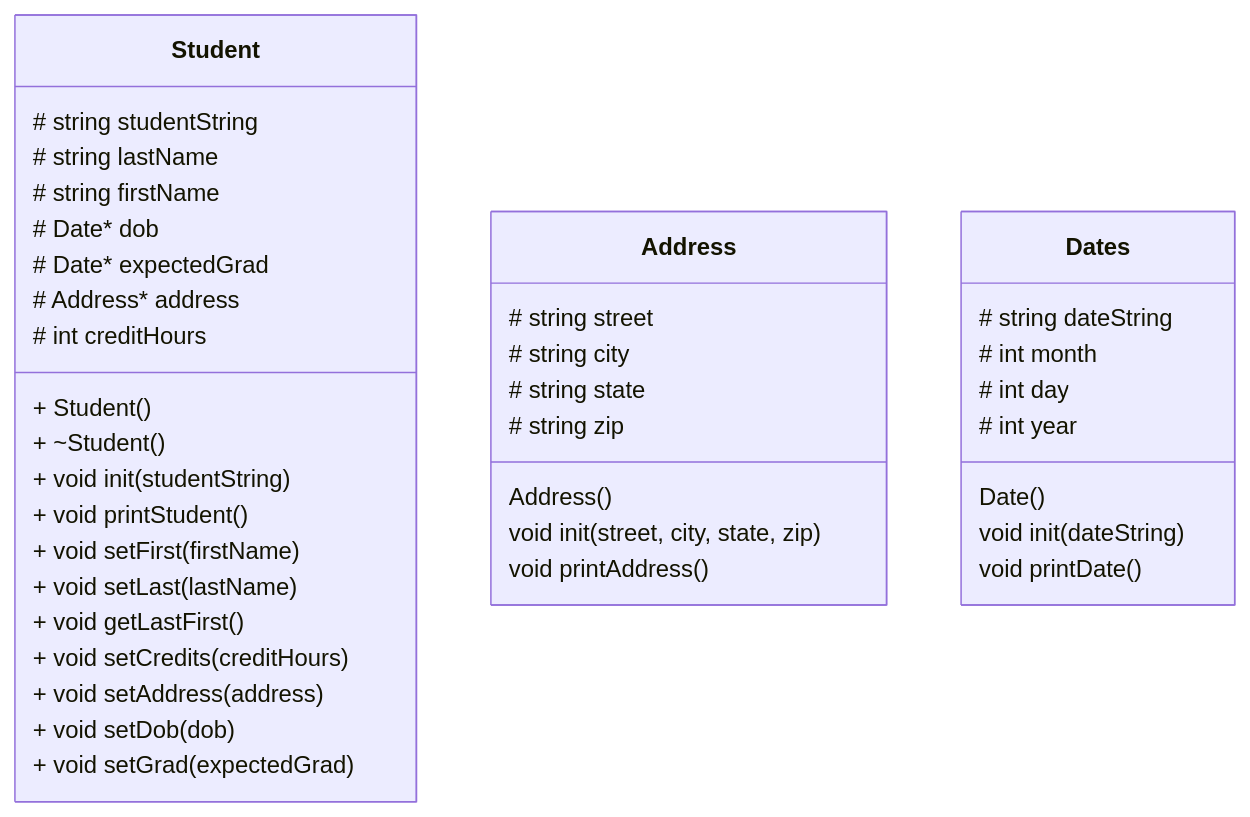
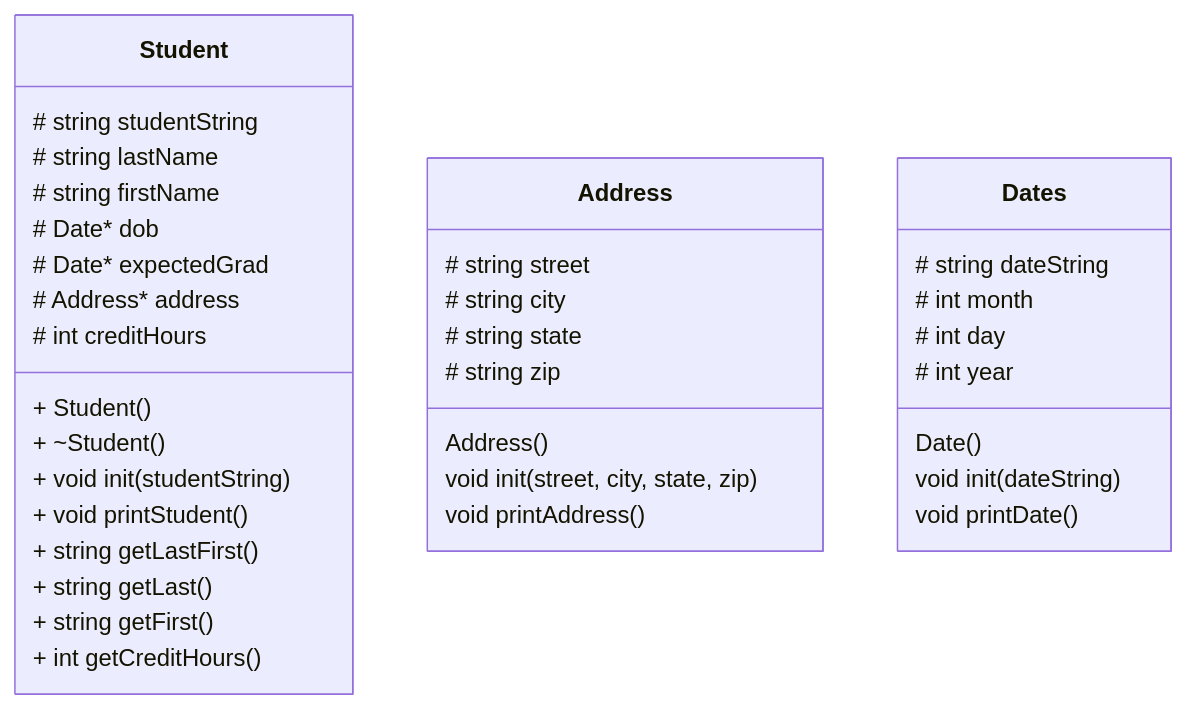
One commit to EnderSlayer121/121Lab-StudentHeap changed the diagram in README.md. Above: the diagram before and after it, drawn with Mermaid. The commit also changed other lines of this file, not shown here.

````diff
--- a/README.md
+++ b/README.md
@@ -4,41 +4,38 @@
 ```mermaid
 classDiagram
     class Student{
         # string studentString
         # string lastName
         # string firstName
         # Date* dob
         # Date* expectedGrad
         # Address* address
         # int creditHours
         + Student()
         + ~Student()
         + void init(studentString)
         + void printStudent()
-        + void setFirst(firstName)
-        + void setLast(lastName)
-        + void getLastFirst()
-        + void setCredits(creditHours)
-        + void setAddress(address)
-        + void setDob(dob)
-        + void setGrad(expectedGrad)
+        + string getLastFirst()
+        + string getLast()
+        + string getFirst()
+        + int getCreditHours()
     }
     class Address{
         # string street
         # string city
         # string state
         # string zip
         Address()
         void init(street, city, state, zip)
         void printAddress()
     }
     class Dates{
         # string dateString
         # int month
         # int day
         # int year
         Date()
         void init(dateString)
         void printDate()
     }
 ```
````
